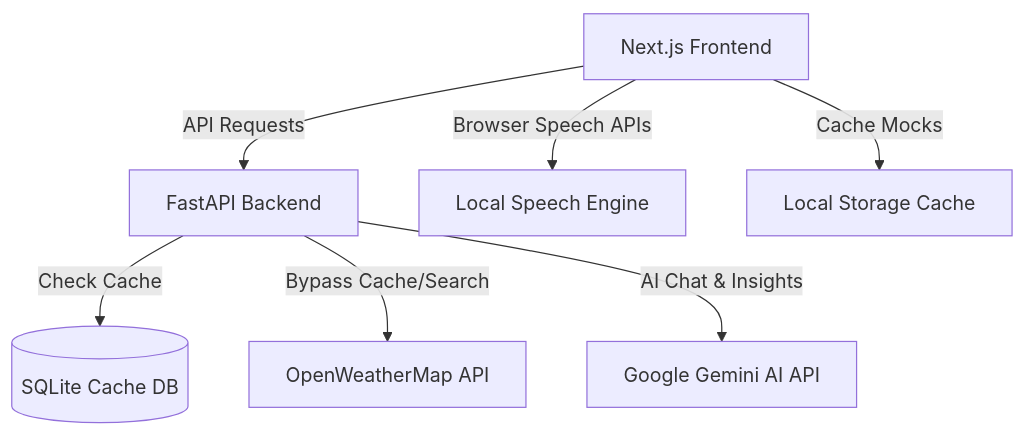
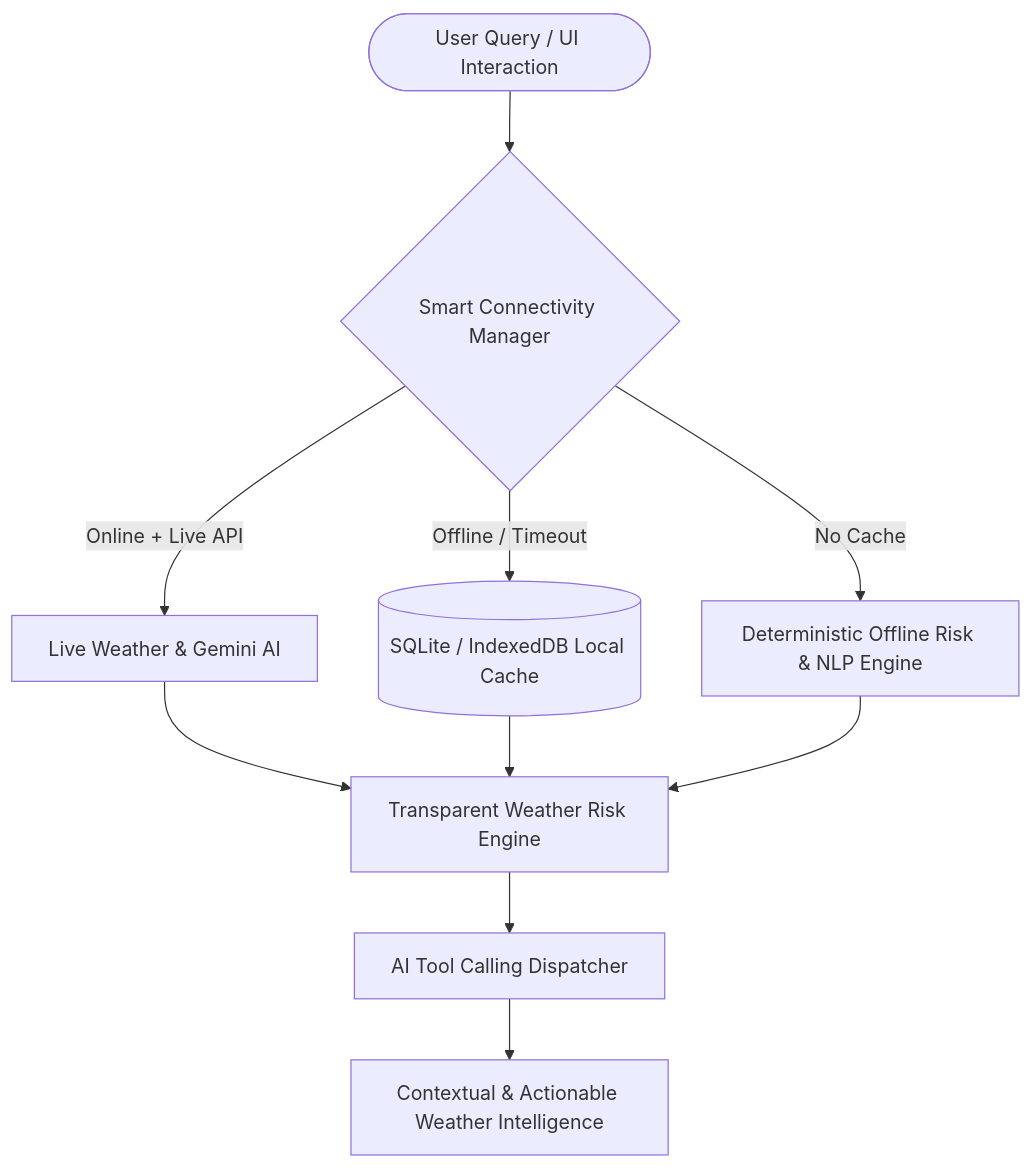
One commit to innocentgaming/weathergpt changed the diagram in README.md. Above: the diagram before and after it, drawn with Mermaid. The commit also changed other lines of this file and 15 other files, not shown here.

Commit message:
feat: complete WeatherGPT hackathon platform with AI Risk Engine, Route Intel, Offline Mode, Disaster Simulation, Emergency Center, and Presentation Controller

````diff
--- a/README.md
+++ b/README.md
@@ -34,9 +30,14 @@
 ```mermaid
 graph TD
-    A[Next.js Frontend] -->|API Requests| B[FastAPI Backend]
-    B -->|Check Cache| C[(SQLite Cache DB)]
-    B -->|Bypass Cache/Search| D[OpenWeatherMap API]
-    B -->|AI Chat & Insights| E[Google Gemini AI API]
-    A -->|Browser Speech APIs| F[Local Speech Engine]
-    A -->|Cache Mocks| G[Local Storage Cache]
+    User([User Query / UI Interaction]) --> ConnMgr{Smart Connectivity Manager}
+    ConnMgr -->|Online + Live API| LiveAPI[Live Weather & Gemini AI]
+    ConnMgr -->|Offline / Timeout| LocalCache[(SQLite / IndexedDB Local Cache)]
+    ConnMgr -->|No Cache| DemoEngine[Deterministic Offline Risk & NLP Engine]
+
+    LiveAPI --> RiskEngine[Transparent Weather Risk Engine]
+    LocalCache --> RiskEngine
+    DemoEngine --> RiskEngine
+
+    RiskEngine --> ToolDispatcher[AI Tool Calling Dispatcher]
+    ToolDispatcher --> Output[Contextual & Actionable Weather Intelligence]
 ```
````
